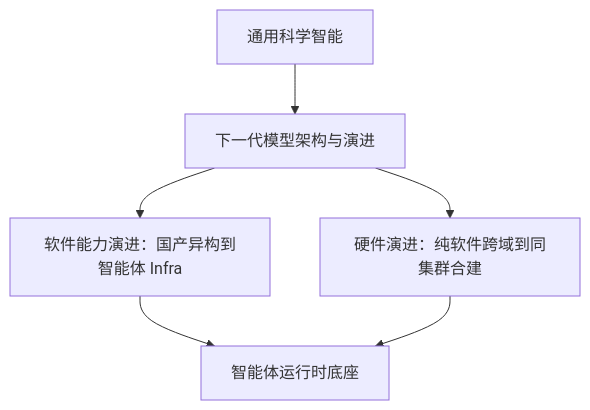
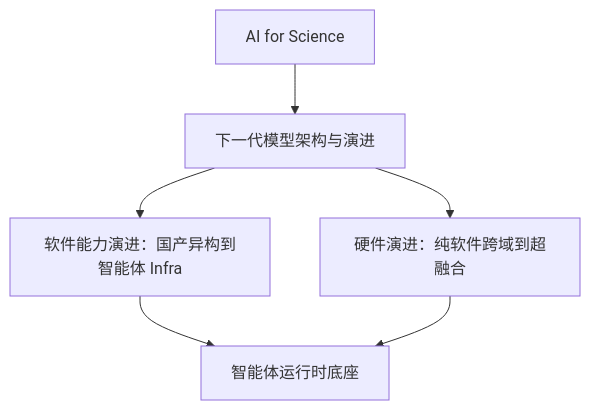
One commit to DeepLink-org/next changed the diagram in docs/concepts/index.md. Above: the diagram before and after it, drawn with Mermaid. The commit also changed other lines of this file and 30 other files, not shown here.

````diff
--- a/docs/concepts/index.md
+++ b/docs/concepts/index.md
@@ -43,8 +43,8 @@
 ```mermaid
 flowchart TB
-    Goal["通用科学智能"] --> Model["下一代模型架构与演进"]
+    Goal["AI for Science"] --> Model["下一代模型架构与演进"]
     Model --> Software["软件能力演进：国产异构到智能体 Infra"]
-    Model --> Hardware["硬件演进：纯软件跨域到同集群合建"]
+    Model --> Hardware["硬件演进：纯软件跨域到超融合"]
     Software --> Runtime["智能体运行时底座"]
     Hardware --> Runtime
 ```
````
